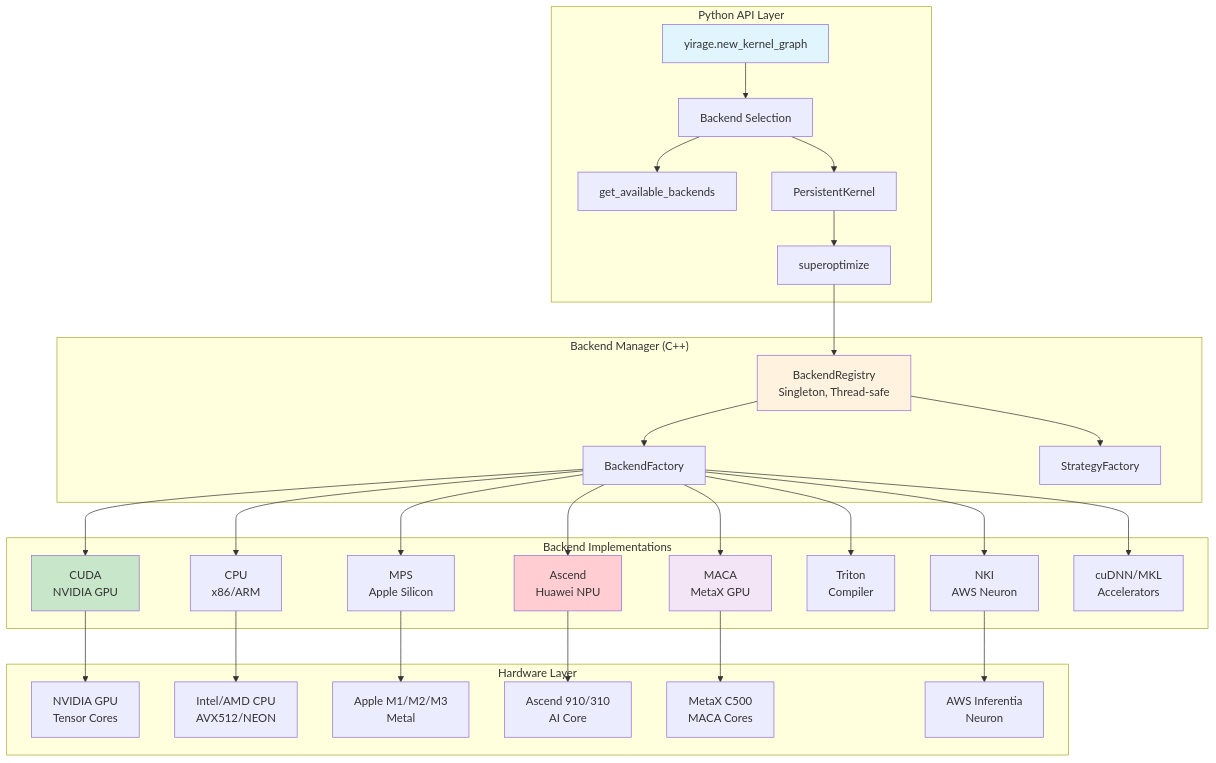
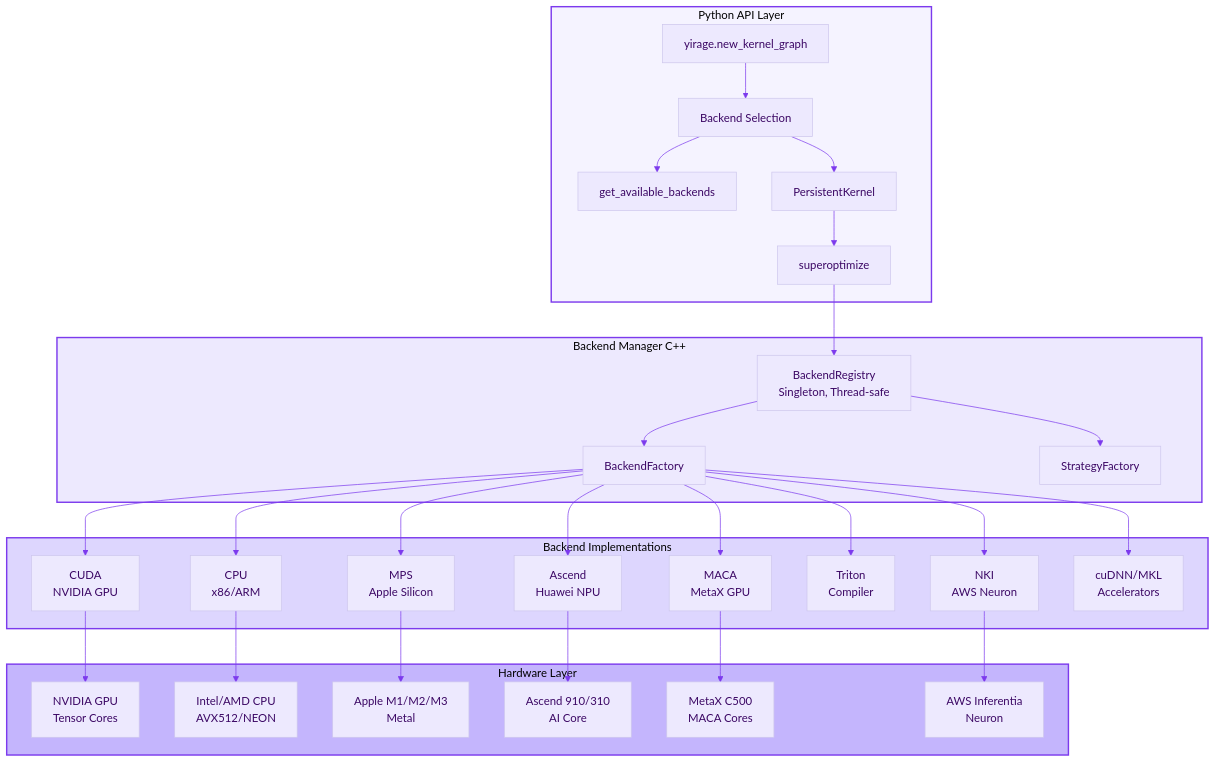
The first of 2 diagrams in README.md (chenxingqiang/YiRage), drawn with Mermaid before and after one commit. The commit also changed other lines of this file and 9 other files, not shown here.

First line of the commit message:
style: unify Mermaid diagrams to minimal purple theme

````diff
--- a/README.md
+++ b/README.md
@@ -32,52 +32,52 @@
 ```mermaid
+%%{init: {'theme': 'base', 'themeVariables': { 'primaryColor': '#ede9fe', 'primaryTextColor': '#3b0764', 'lineColor': '#7c3aed'}}}%%
 graph TB
-    subgraph "Python API Layer"
+    subgraph API["Python API Layer"]
         A[yirage.new_kernel_graph] --> B[Backend Selection]
         B --> C[get_available_backends]
         B --> D[PersistentKernel]
         D --> E[superoptimize]
     end
 
-    subgraph "Backend Manager (C++)"
+    subgraph MGR["Backend Manager C++"]
         F[BackendRegistry<br/>Singleton, Thread-safe]
         G[BackendFactory]
         H[StrategyFactory]
         F --> G
         F --> H
     end
 
-    subgraph "Backend Implementations"
+    subgraph IMPL["Backend Implementations"]
         I[CUDA<br/>NVIDIA GPU]
         J[CPU<br/>x86/ARM]
         K[MPS<br/>Apple Silicon]
         L[Ascend<br/>Huawei NPU]
         M[MACA<br/>MetaX GPU]
         N[Triton<br/>Compiler]
         O[NKI<br/>AWS Neuron]
         P[cuDNN/MKL<br/>Accelerators]
     end
 
-    subgraph "Hardware Layer"
+    subgraph HW["Hardware Layer"]
         Q[NVIDIA GPU<br/>Tensor Cores]
         R[Intel/AMD CPU<br/>AVX512/NEON]
         S[Apple M1/M2/M3<br/>Metal]
         T[Ascend 910/310<br/>AI Core]
         U[MetaX C500<br/>MACA Cores]
         V[AWS Inferentia<br/>Neuron]
     end
 
     E --> F
     G --> I & J & K & L & M & N & O & P
     I --> Q
     J --> R
     K --> S
     L --> T
     M --> U
     O --> V
 
-    style A fill:#e1f5fe
-    style F fill:#fff3e0
-    style I fill:#c8e6c9
-    style L fill:#ffcdd2
-    style M fill:#f3e5f5
+    style API fill:#f5f3ff,stroke:#7c3aed,stroke-width:2px
+    style MGR fill:#ede9fe,stroke:#7c3aed,stroke-width:2px
+    style IMPL fill:#ddd6fe,stroke:#7c3aed,stroke-width:2px
+    style HW fill:#c4b5fd,stroke:#7c3aed,stroke-width:2px
 ```
````
